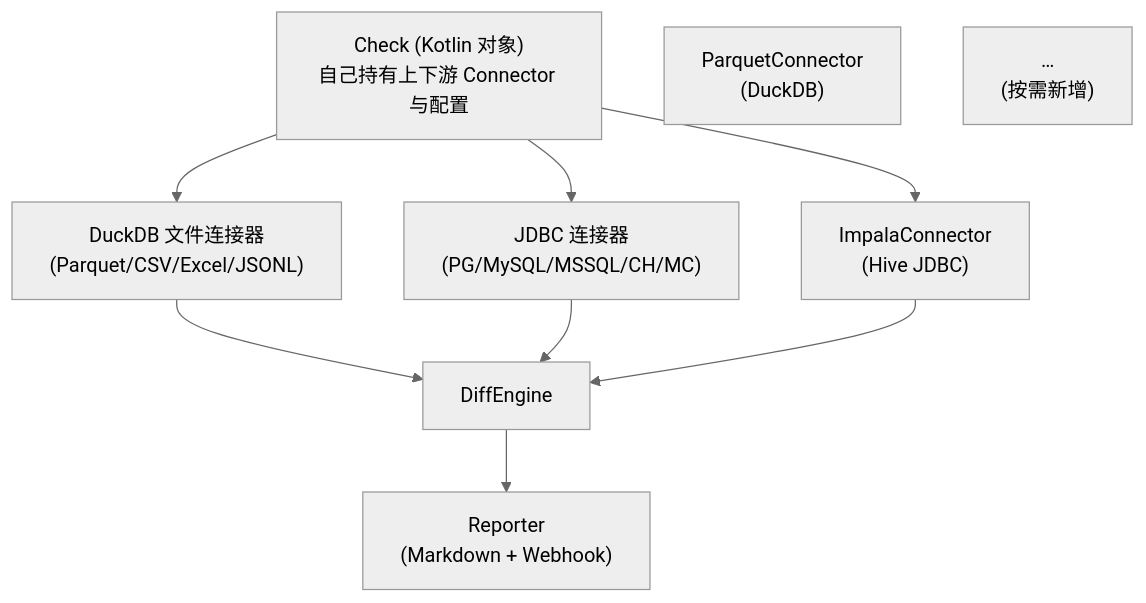
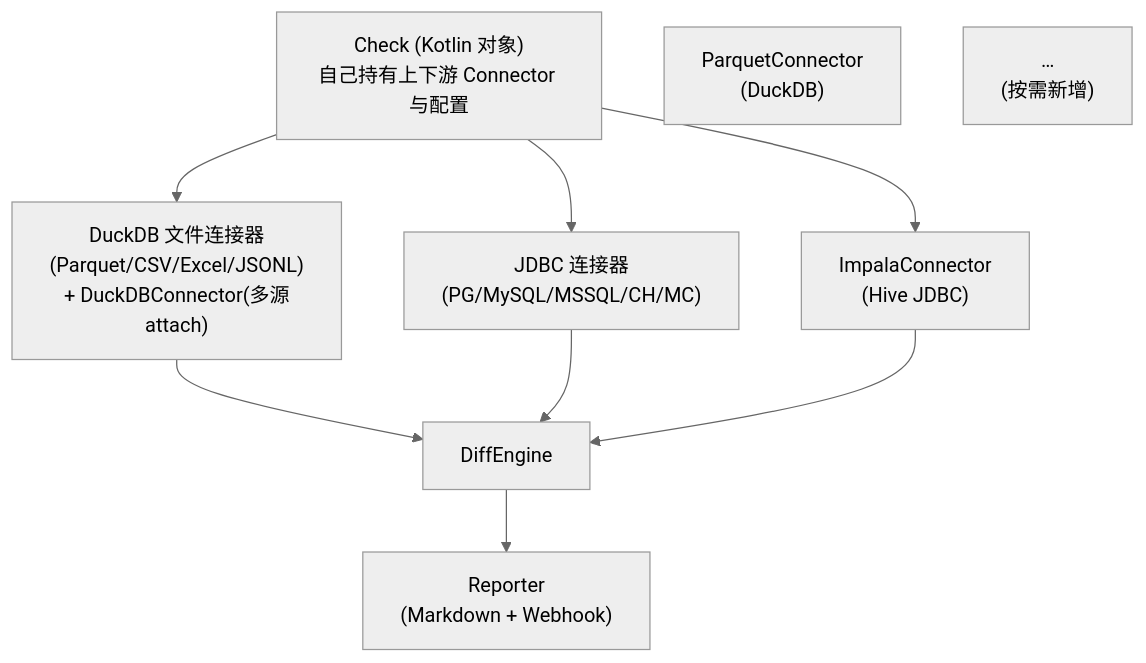
The first of 2 diagrams in README.md (langbiantianya/sync_diif), drawn with Mermaid (neutral theme) before and after one commit. The commit also changed other lines of this file, not shown here.

Commit message:
docs: update README with DuckDBConnector multi-source attach

````diff
--- a/README.md
+++ b/README.md
@@ -23,19 +23,19 @@
 ```mermaid
 flowchart TD
     Check["Check (Kotlin 对象)<br/>自己持有上下游 Connector 与配置"]
     Parquet["ParquetConnector<br/>(DuckDB)"]
     Impala["ImpalaConnector<br/>(Hive JDBC)"]
-    DuckDBFile["DuckDB 文件连接器<br/>(Parquet/CSV/Excel/JSONL)"]
+    DuckDBFile["DuckDB 文件连接器<br/>(Parquet/CSV/Excel/JSONL)<br/>+ DuckDBConnector(多源attach)"]
     Jdbc["JDBC 连接器<br/>(PG/MySQL/MSSQL/CH/MC)"]
     Future["…<br/>(按需新增)"]
     Engine["DiffEngine"]
     Report["Reporter<br/>(Markdown + Webhook)"]
 
     Check --> DuckDBFile
     Check --> Jdbc
     Check --> Impala
     DuckDBFile --> Engine
     Jdbc --> Engine
     Impala --> Engine
     Engine --> Report
 ```
````
